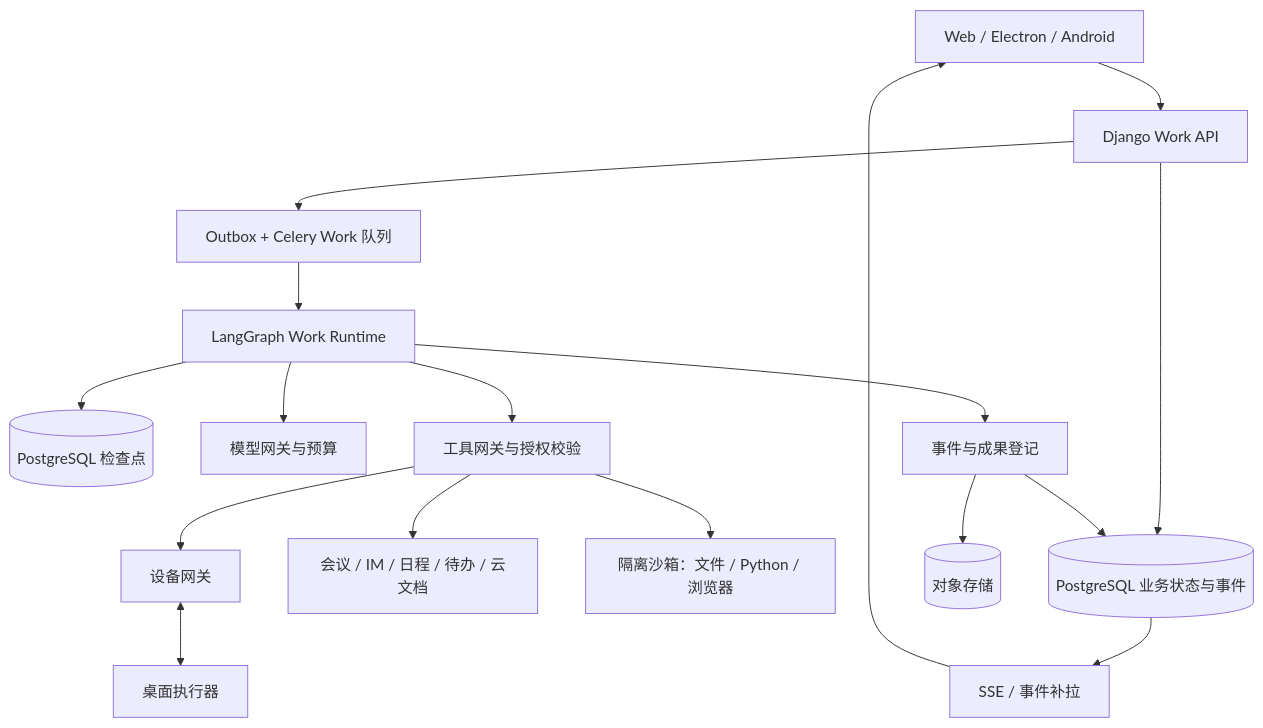
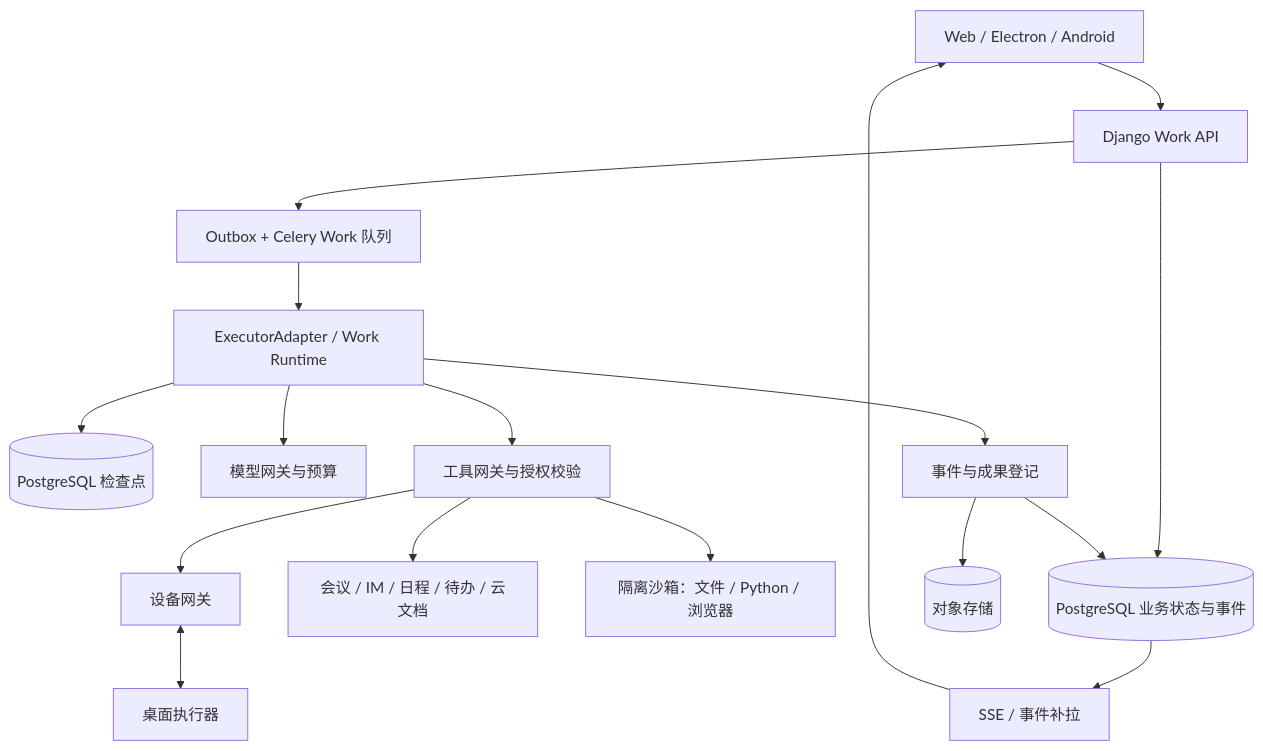
The diagram in docs/plan/work-module-product-architecture-agent-plan-2026-09-21.md (John-Shao/we-meet), drawn with Mermaid before and after one commit. The commit also changed other lines of this file and 1 other file, not shown here.

Commit message:
docs(work): prioritize material-driven office MVP

````diff
--- a/docs/plan/work-module-product-architecture-agent-plan-2026-09-21.md
+++ b/docs/plan/work-module-product-architecture-agent-plan-2026-09-21.md
@@ -234,19 +267,19 @@
 ```mermaid
 flowchart TB
   UI[Web / Electron / Android] --> API[Django Work API]
   API --> DB[(PostgreSQL 业务状态与事件)]
   API --> Q[Outbox + Celery Work 队列]
-  Q --> RT[LangGraph Work Runtime]
+  Q --> RT[ExecutorAdapter / Work Runtime]
   RT --> CP[(PostgreSQL 检查点)]
   RT --> MG[模型网关与预算]
   RT --> TG[工具网关与授权校验]
   TG --> BS[会议 / IM / 日程 / 待办 / 云文档]
   TG --> SB[隔离沙箱：文件 / Python / 浏览器]
   TG --> DG[设备网关]
   DG <--> DA[桌面执行器]
   RT --> ES[事件与成果登记]
   ES --> DB
   ES --> OBJ[(对象存储)]
   DB --> STREAM[SSE / 事件补拉]
   STREAM --> UI
 ```
````
